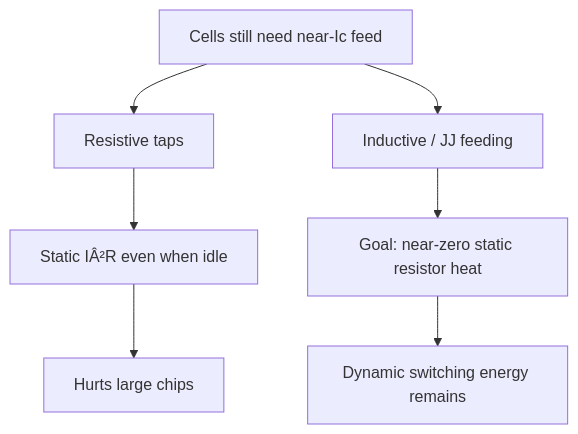
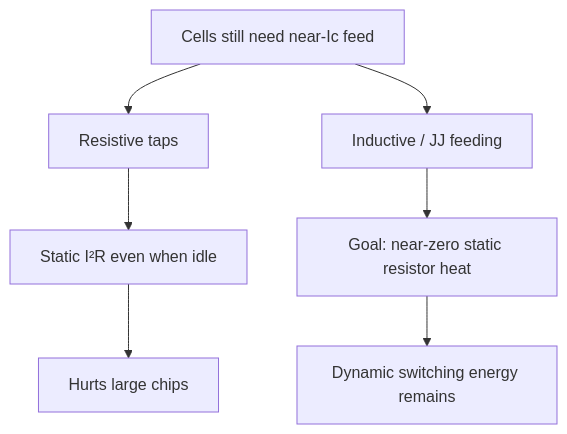
The second of 2 diagrams in docs/bridge/resistive-bias-to-ersfq.md (Single-Flux-Quantum/sfq-learn-public), drawn with Mermaid before and after one commit. The commit also changed other lines of this file and 39 other files, not shown here.

````diff
--- a/docs/bridge/resistive-bias-to-ersfq.md
+++ b/docs/bridge/resistive-bias-to-ersfq.md
@@ -213,9 +213,9 @@
 ```mermaid
 flowchart TD
   Need[Cells still need near-Ic feed] --> Classical[Resistive taps]
   Need --> ERSFQ[Inductive / JJ feeding]
-  Classical --> Hot[Static IÂ²R even when idle]
+  Classical --> Hot[Static I²R even when idle]
   ERSFQ --> Cool[Goal: near-zero static resistor heat]
   Cool --> StillDyn[Dynamic switching energy remains]
   Hot --> ScalePain[Hurts large chips]
 ```
````
